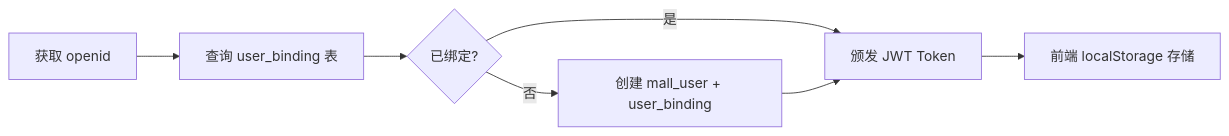
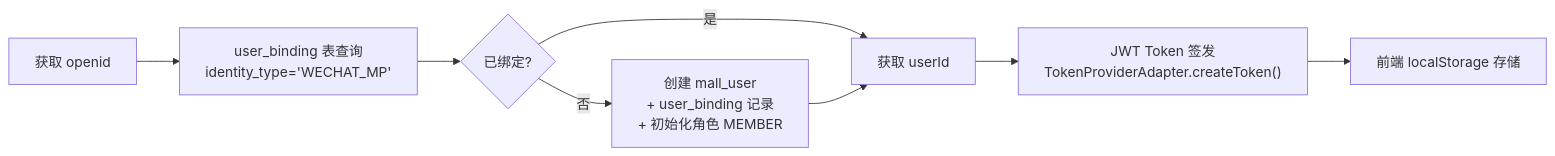
One commit to sxlva/s-pay-mall changed the third of 3 diagrams in docs/design/module-auth.md. Above: the diagram before and after it, drawn with Mermaid. The commit also changed other lines of this file and 9 other files, not shown here.

````diff
--- a/docs/design/module-auth.md
+++ b/docs/design/module-auth.md
@@ -117,9 +131,10 @@
 ```mermaid
 flowchart LR
-    A[获取 openid] --> B[查询 user_binding 表]
+    A[获取 openid] --> B["user_binding 表查询<br/>identity_type='WECHAT_MP'"]
     B --> C{已绑定?}
-    C -->|是| D[颁发 JWT Token]
-    C -->|否| E[创建 mall_user + user_binding]
+    C -->|是| D[获取 userId]
+    C -->|否| E["创建 mall_user<br/>+ user_binding 记录<br/>+ 初始化角色 MEMBER"]
     E --> D
-    D --> F[前端 localStorage 存储]
+    D --> F["JWT Token 签发<br/>TokenProviderAdapter.createToken()"]
+    F --> G["前端 localStorage 存储"]
 ```
````
